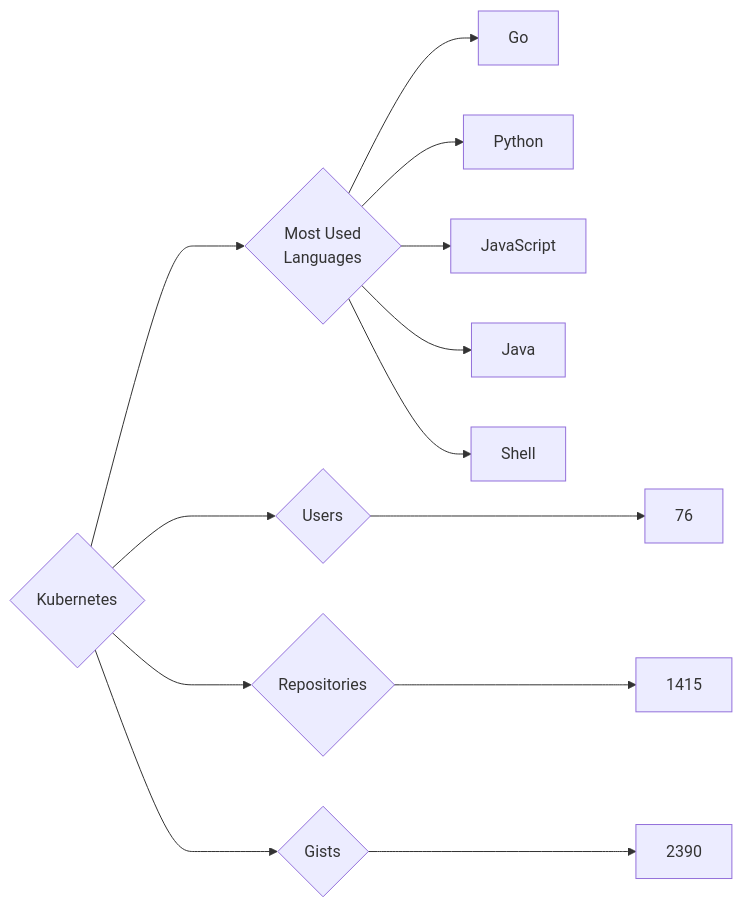
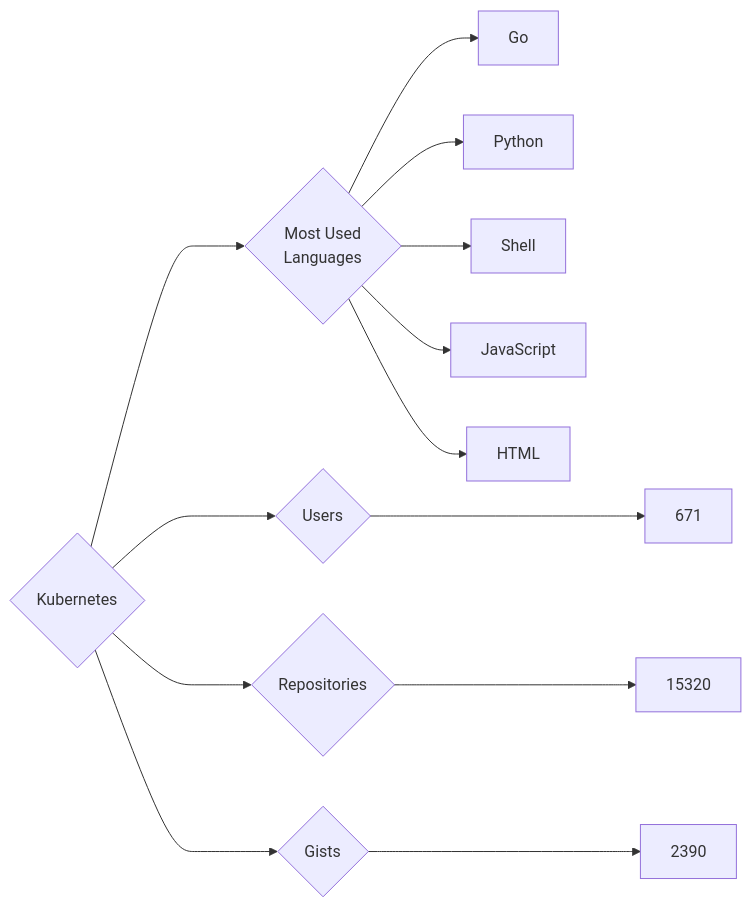
Before and after one commit to trickest/insiders: the diagram in targets/Kubernetes/README.md, drawn with Mermaid. The commit also changed 874 other files, not shown here.

````diff
--- a/targets/Kubernetes/README.md
+++ b/targets/Kubernetes/README.md
@@ -3,13 +3,13 @@
 ```mermaid
 graph LR
 COMPANY_NAME{Kubernetes}
-COMPANY_NAME ---> U{Users} ---> UN[76]
-COMPANY_NAME ---> R{Repositories} ---> RN[1415]
+COMPANY_NAME ---> U{Users} ---> UN[671]
+COMPANY_NAME ---> R{Repositories} ---> RN[15320]
 COMPANY_NAME ---> G{Gists} ---> GN[2390]
 COMPANY_NAME ---> ML{Most Used<br>Languages}
 ML --> Go[Go]
 ML --> Python[Python]
+ML --> Shell[Shell]
 ML --> JavaScript[JavaScript]
-ML --> Java[Java]
-ML --> Shell[Shell]
+ML --> HTML[HTML]
 ```
````
